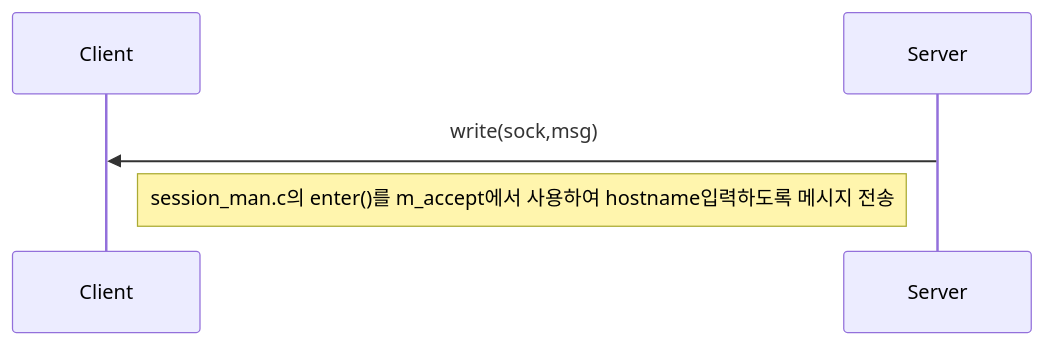
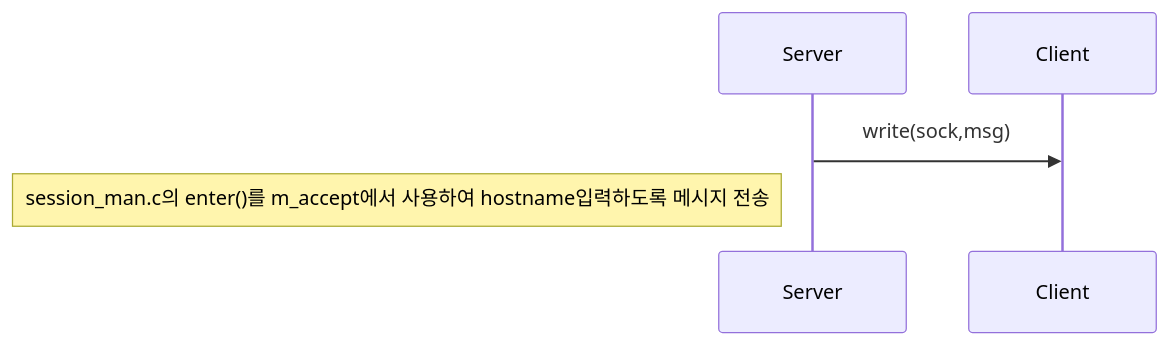
One commit to dkim-04/Network_coding changed the third of 3 diagrams in race_game/code_flow/readme.md. Above: the diagram before and after it, drawn with Mermaid.

````diff
--- a/race_game/code_flow/readme.md
+++ b/race_game/code_flow/readme.md
@@ -24,8 +24,9 @@
 ```mermaid
 sequenceDiagram
+    participant Server
     participant Client
-    participant Server
+
 
     Server->>Client: write(sock,msg)
     Note left of Server: session_man.c의 enter()를 m_accept에서 사용하여 hostname입력하도록 메시지 전송
 ```
````
